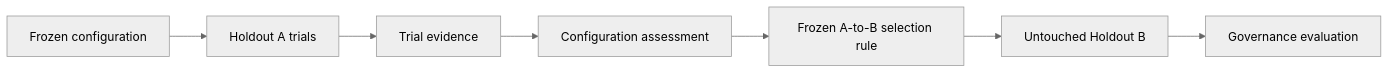
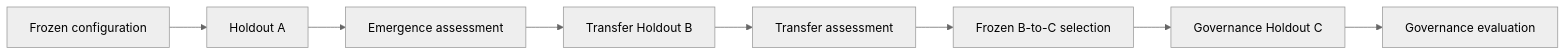
One commit to dauffrey/cohervia changed the diagram in docs/research/CAPABILITY_EMERGENCE_OBSERVATION.md. Above: the diagram before and after it, drawn with Mermaid (neutral theme). The commit also changed other lines of this file, not shown here.

Commit message:
Document emergence transfer and governance evidence stages

````diff
--- a/docs/research/CAPABILITY_EMERGENCE_OBSERVATION.md
+++ b/docs/research/CAPABILITY_EMERGENCE_OBSERVATION.md
@@ -94,9 +109,10 @@
 ```mermaid
 flowchart LR
-    C[Frozen configuration] --> A[Holdout A trials]
-    A --> TE[Trial evidence]
-    TE --> CA[Configuration assessment]
-    CA --> SEL[Frozen A-to-B selection rule]
-    SEL --> B[Untouched Holdout B]
-    B --> GE[Governance evaluation]
+    C[Frozen configuration] --> A[Holdout A]
+    A --> EA[Emergence assessment]
+    EA --> B[Transfer Holdout B]
+    B --> TA[Transfer assessment]
+    TA --> SEL[Frozen B-to-C selection]
+    SEL --> G[Governance Holdout C]
+    G --> GE[Governance evaluation]
 ```
````
